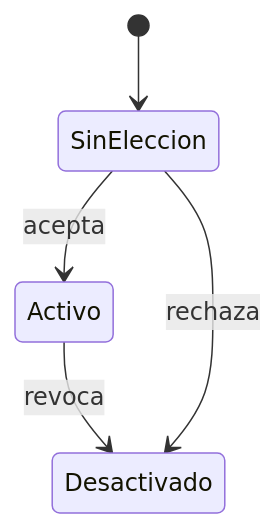
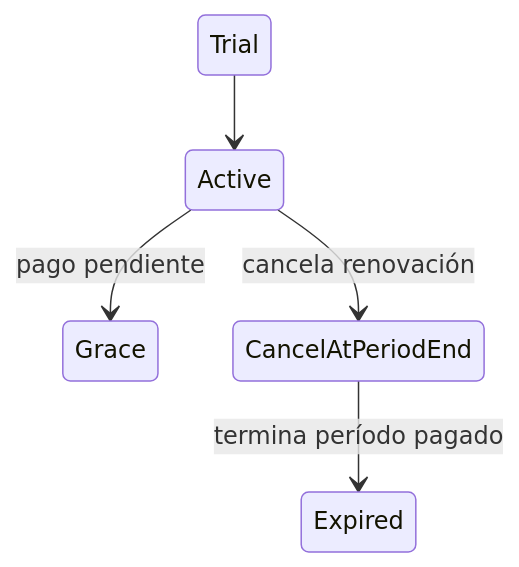
One commit to NICORUIZ93/The_Imperial_Book changed the third of 12 diagrams in web/public/content/flutter/modulo-18.md. Above: the diagram before and after it, drawn with Mermaid. The commit also changed other lines of this file and 305 other files, not shown here.

````diff
--- a/web/public/content/flutter/modulo-18.md
+++ b/web/public/content/flutter/modulo-18.md
@@ -400,7 +92,7 @@
 ```mermaid
 stateDiagram-v2
-  [*] --> SinEleccion
-  SinEleccion --> Activo: acepta
-  Activo --> Desactivado: revoca
-  SinEleccion --> Desactivado: rechaza
+  Trial --> Active
+  Active --> Grace: pago pendiente
+  Active --> CancelAtPeriodEnd: cancela renovación
+  CancelAtPeriodEnd --> Expired: termina período pagado
 ```
````
